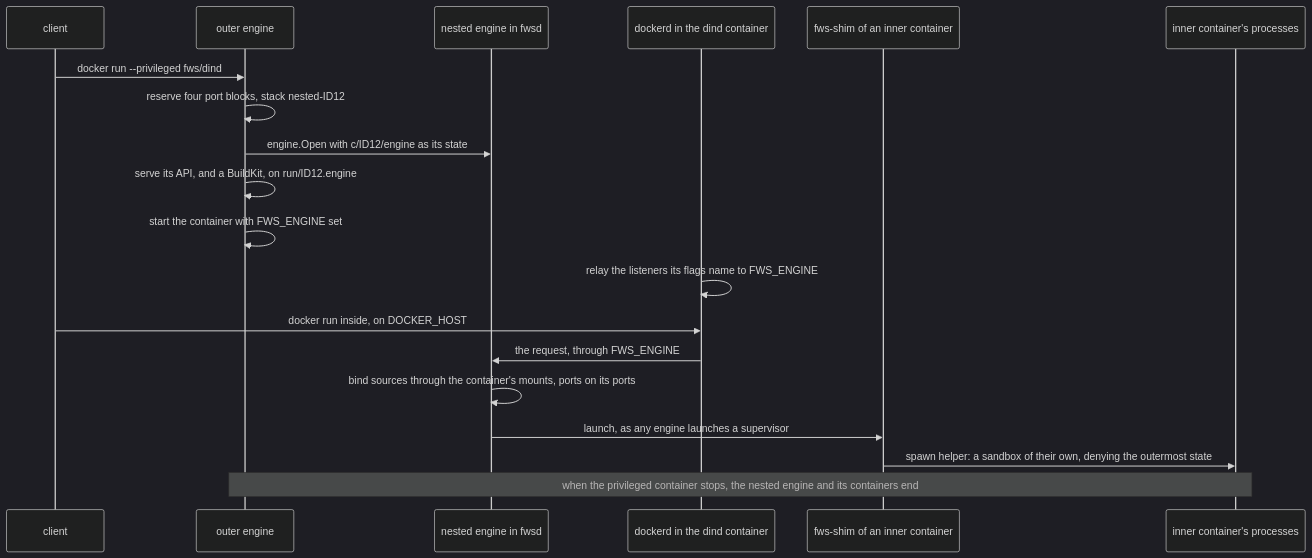
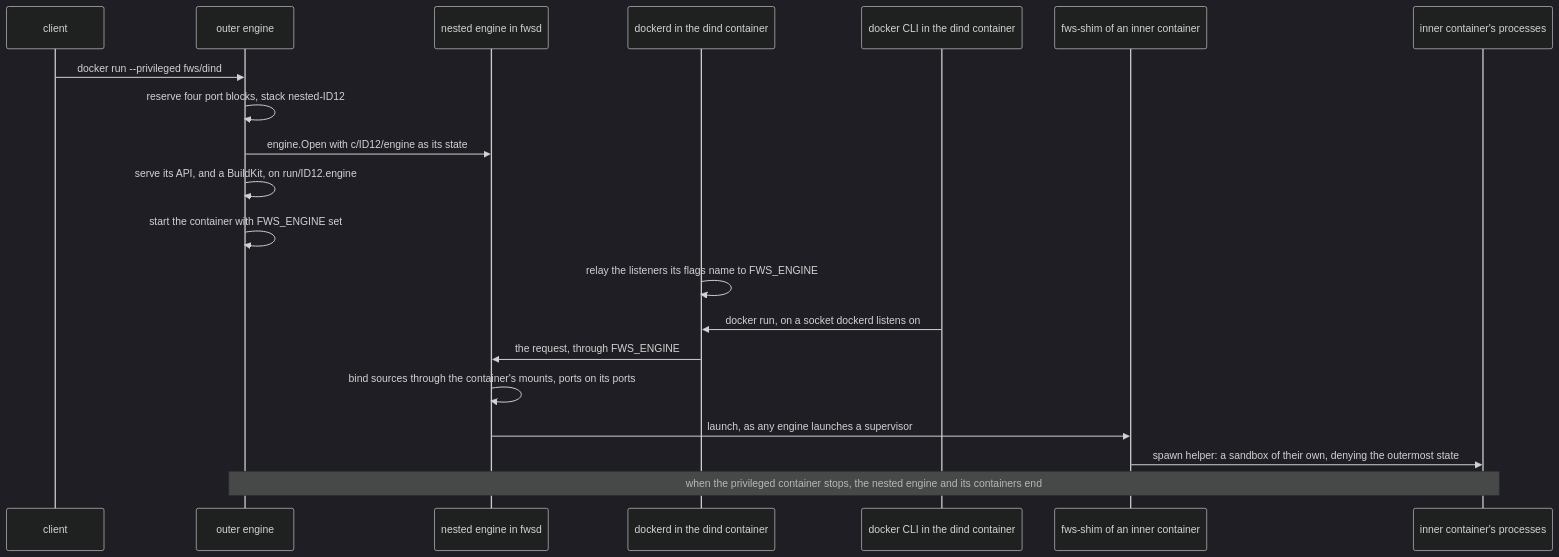
The eighth of 9 diagrams in docs/ARCHITECTURE.md (e6qu/fun-with-sandboxes), drawn with Mermaid (dark theme) before and after one commit. The commit also changed other lines of this file, not shown here.

First line of the commit message:
Docs in progress: architecture, diagrams and use cases

````diff
--- a/docs/ARCHITECTURE.md
+++ b/docs/ARCHITECTURE.md
@@ -732,21 +732,22 @@
 ```mermaid
 sequenceDiagram
   participant C as client
   participant O as outer engine
   participant N as nested engine in fwsd
   participant D as dockerd in the dind container
+  participant IC as docker CLI in the dind container
   participant S as fws-shim of an inner container
   participant P as inner container's processes
   C->>O: docker run --privileged fws/dind
   O->>O: reserve four port blocks, stack nested-ID12
   O->>N: engine.Open with c/ID12/engine as its state
   O->>O: serve its API, and a BuildKit, on run/ID12.engine
   O->>O: start the container with FWS_ENGINE set
   D->>D: relay the listeners its flags name to FWS_ENGINE
-  C->>D: docker run inside, on DOCKER_HOST
+  IC->>D: docker run, on a socket dockerd listens on
   D->>N: the request, through FWS_ENGINE
   N->>N: bind sources through the container's mounts, ports on its ports
   N->>S: launch, as any engine launches a supervisor
   S->>P: spawn helper: a sandbox of their own, denying the outermost state
   Note over O,P: when the privileged container stops, the nested engine and its containers end
 ```
````
